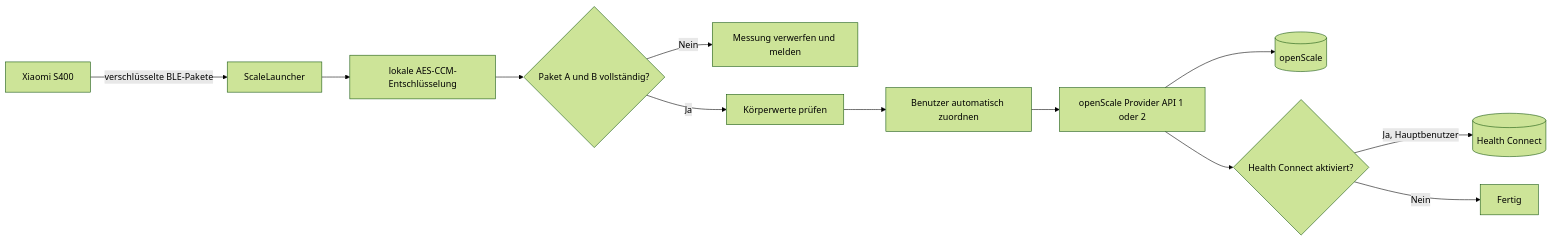
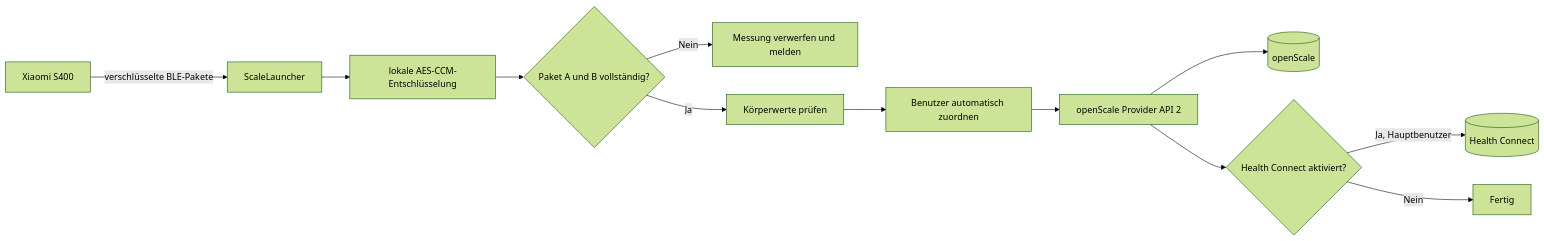
Before and after one commit to 1260er/ScaleLauncher: the first of 2 diagrams in README.de.md, drawn with Mermaid (forest theme). The commit also changed other lines of this file and 6 other files, not shown here.

Commit message:
Require openScale Provider API 2

````diff
--- a/README.de.md
+++ b/README.de.md
@@ -60,14 +60,14 @@
 ```mermaid
 flowchart LR
     A[Xiaomi S400] -->|verschlüsselte BLE-Pakete| B[ScaleLauncher]
     B --> C[lokale AES-CCM-Entschlüsselung]
     C --> D{Paket A und B vollständig?}
     D -->|Nein| E[Messung verwerfen und melden]
     D -->|Ja| F[Körperwerte prüfen]
     F --> G[Benutzer automatisch zuordnen]
-    G --> H[openScale Provider API 1 oder 2]
+    G --> H[openScale Provider API 2]
     H --> I[(openScale)]
     H --> J{Health Connect aktiviert?}
     J -->|Ja, Hauptbenutzer| K[(Health Connect)]
     J -->|Nein| L[Fertig]
 ```
````
